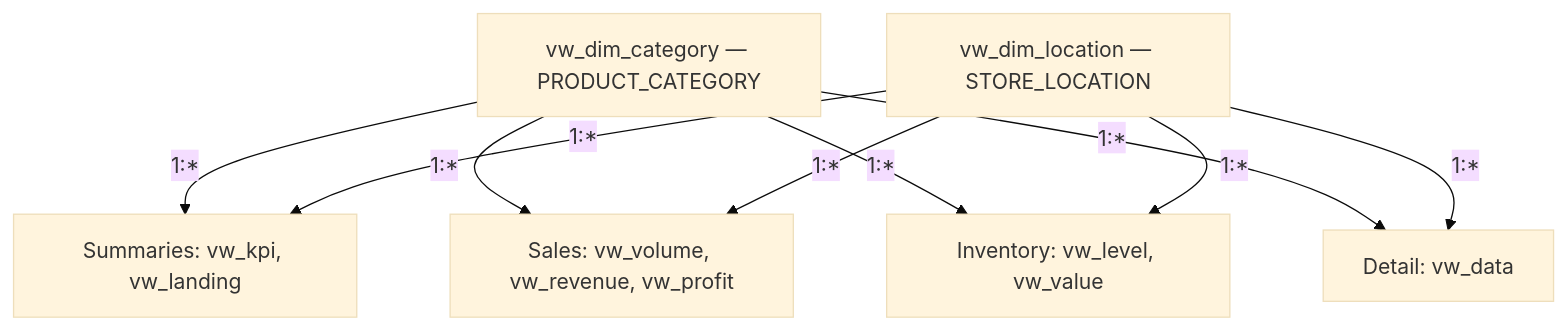
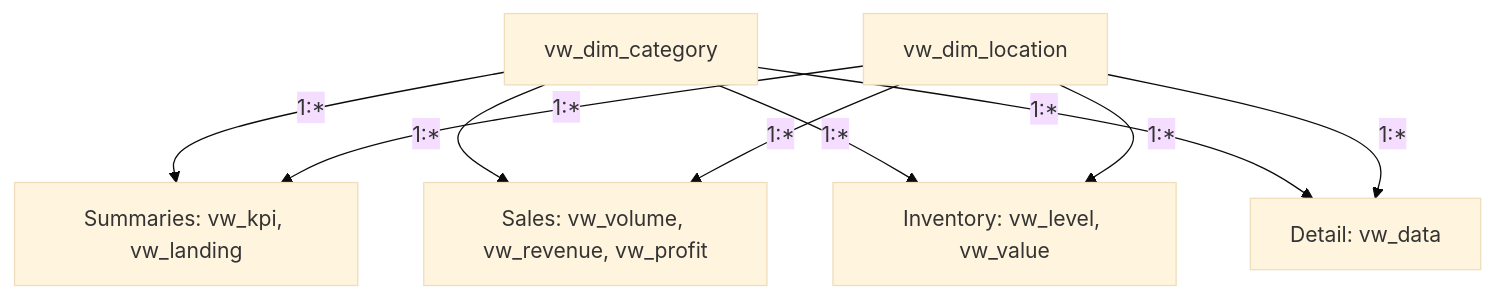
The diagram in 3/README.md (PBugowski/PBugowski.github.io), drawn with Mermaid (base theme) before and after one commit.

````diff
--- a/3/README.md
+++ b/3/README.md
@@ -324,17 +324,17 @@
 ```mermaid
 flowchart TD
-    C["vw_dim_category — PRODUCT_CATEGORY"]
-    L["vw_dim_location — STORE_LOCATION"]
+    C["vw_dim_category"]
+    L["vw_dim_location"]
     K["Summaries: vw_kpi, vw_landing"]
     S["Sales: vw_volume, vw_revenue, vw_profit"]
     I["Inventory: vw_level, vw_value"]
     D["Detail: vw_data"]
     C -->|"1:*"| K
     C -->|"1:*"| S
     C -->|"1:*"| I
     C -->|"1:*"| D
     L -->|"1:*"| K
     L -->|"1:*"| S
     L -->|"1:*"| I
     L -->|"1:*"| D
 ```
````
